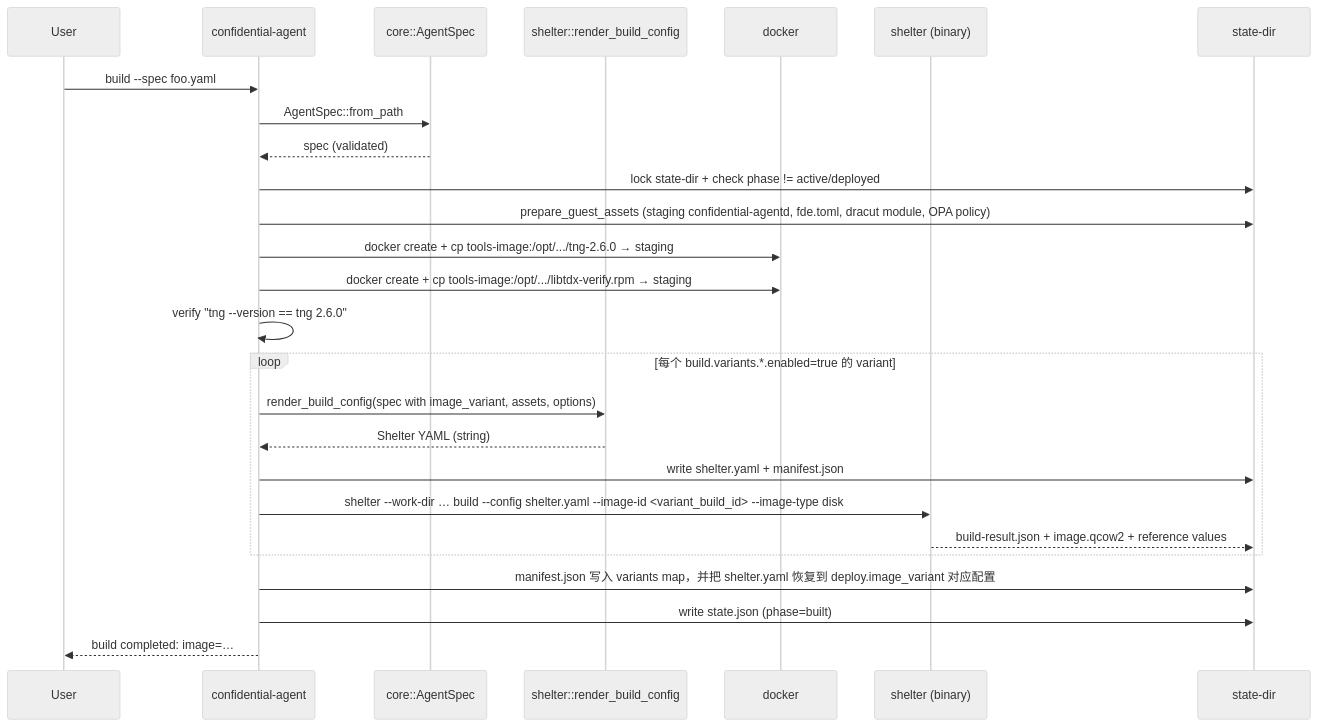
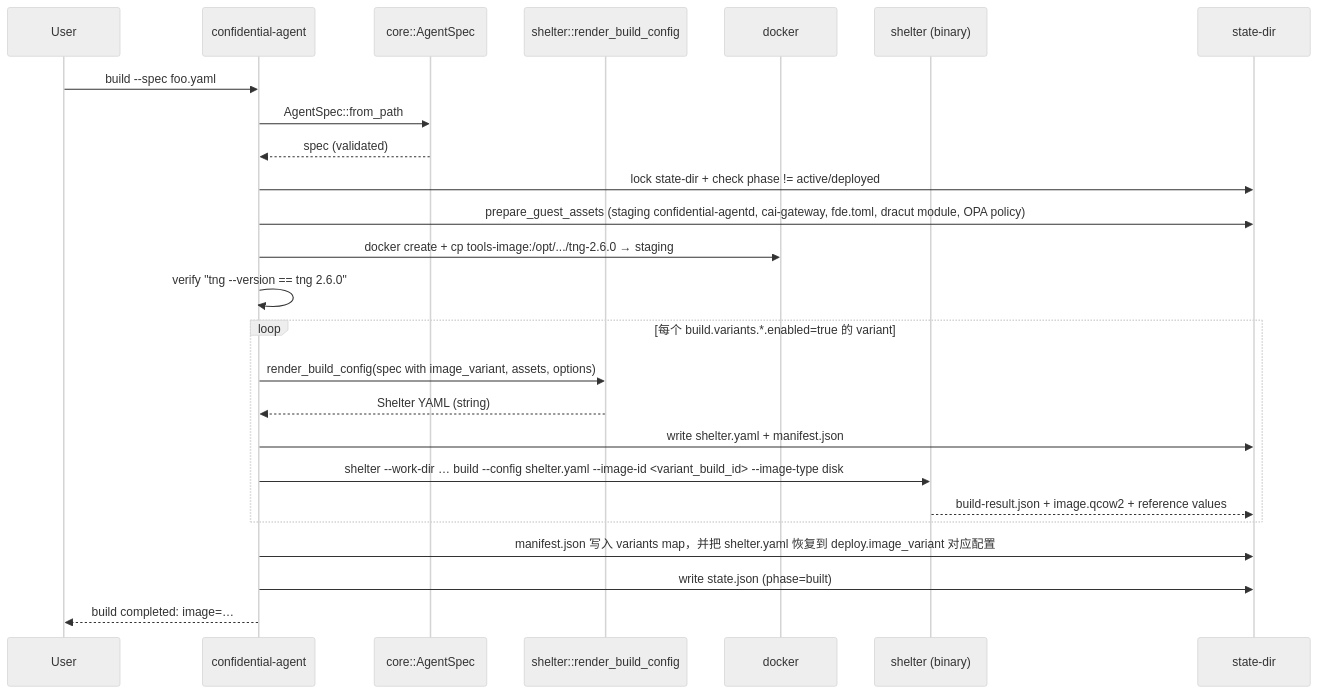
The third of 7 diagrams in docs/architecture.md (wdsun1008/confidential-agent), drawn with Mermaid (neutral theme) before and after one commit. The commit also changed other lines of this file and 30 other files, not shown here.

Commit message:
Add confidential gateway runtime

````diff
--- a/docs/architecture.md
+++ b/docs/architecture.md
@@ -56,29 +56,28 @@
 ```mermaid
 sequenceDiagram
     participant U as User
     participant CLI as confidential-agent
     participant Core as core::AgentSpec
     participant SH as shelter::render_build_config
     participant Docker as docker
     participant SHB as shelter (binary)
     participant FS as state-dir
 
     U->>CLI: build --spec foo.yaml
     CLI->>Core: AgentSpec::from_path
     Core-->>CLI: spec (validated)
     CLI->>FS: lock state-dir + check phase != active/deployed
-    CLI->>FS: prepare_guest_assets (staging confidential-agentd, fde.toml, dracut module, OPA policy)
+    CLI->>FS: prepare_guest_assets (staging confidential-agentd, cai-gateway, fde.toml, dracut module, OPA policy)
     CLI->>Docker: docker create + cp tools-image:/opt/.../tng-2.6.0 → staging
-    CLI->>Docker: docker create + cp tools-image:/opt/.../libtdx-verify.rpm → staging
     CLI->>CLI: verify "tng --version == tng 2.6.0"
     loop 每个 build.variants.*.enabled=true 的 variant
         CLI->>SH: render_build_config(spec with image_variant, assets, options)
         SH-->>CLI: Shelter YAML (string)
         CLI->>FS: write shelter.yaml + manifest.json
         CLI->>SHB: shelter --work-dir … build --config shelter.yaml --image-id <variant_build_id> --image-type disk
         SHB-->>FS: build-result.json + image.qcow2 + reference values
     end
     CLI->>FS: manifest.json 写入 variants map，并把 shelter.yaml 恢复到 deploy.image_variant 对应配置
     CLI->>FS: write state.json (phase=built)
     CLI-->>U: build completed: image=…
 ```
````
